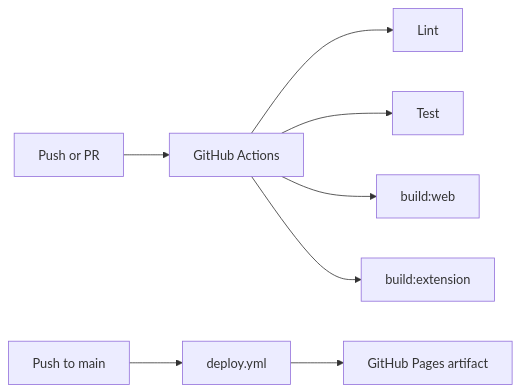
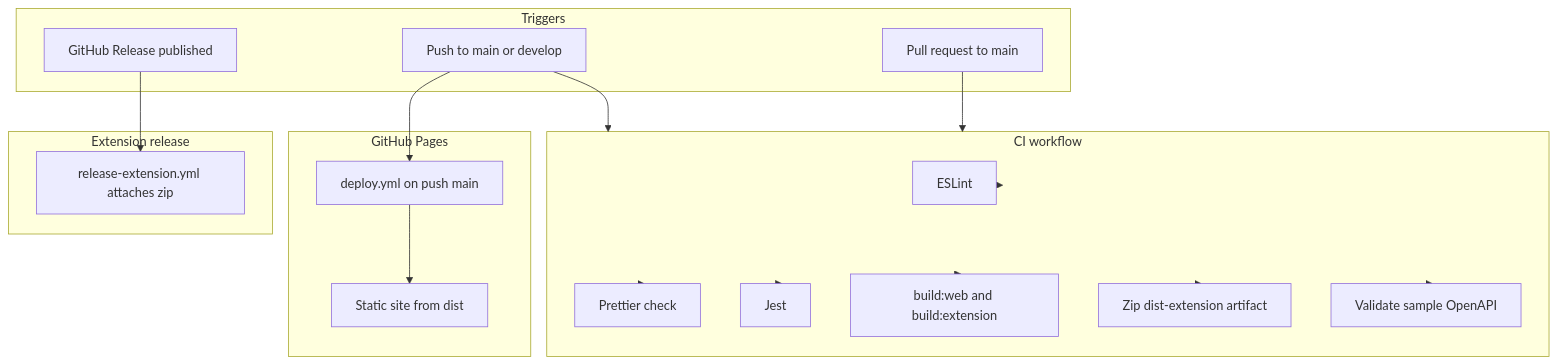
Before and after one commit to girijashankarj/garry-micro-dev-utilities: the sixth of 7 diagrams in README.md, drawn with Mermaid. The commit also changed other lines of this file, not shown here.

````diff
--- a/README.md
+++ b/README.md
@@ -269,10 +353,34 @@
 ```mermaid
-flowchart LR
-  Push[Push or PR] --> GHA[GitHub Actions]
-  GHA --> Lint[Lint]
-  GHA --> Test[Test]
-  GHA --> BuildWeb[build:web]
-  GHA --> BuildExt[build:extension]
-  PushMain[Push to main] --> Deploy[deploy.yml]
-  Deploy --> Pages[GitHub Pages artifact]
+flowchart TB
+  subgraph triggers [Triggers]
+    PR[Pull request to main]
+    Push[Push to main or develop]
+    Release[GitHub Release published]
+  end
+  subgraph ci [CI workflow]
+    Lint[ESLint]
+    Fmt[Prettier check]
+    Test[Jest]
+    Build[build:web and build:extension]
+    Zip[Zip dist-extension artifact]
+    Val[Validate sample OpenAPI]
+  end
+  subgraph pages [GitHub Pages]
+    Deploy[deploy.yml on push main]
+    Site[Static site from dist]
+  end
+  subgraph extrel [Extension release]
+    RelZip[release-extension.yml attaches zip]
+  end
+  PR --> ci
+  Push --> ci
+  Push --> Deploy
+  Deploy --> Site
+  Release --> RelZip
+  ci --> Lint
+  ci --> Fmt
+  ci --> Test
+  ci --> Build
+  ci --> Zip
+  ci --> Val
 ```
````
